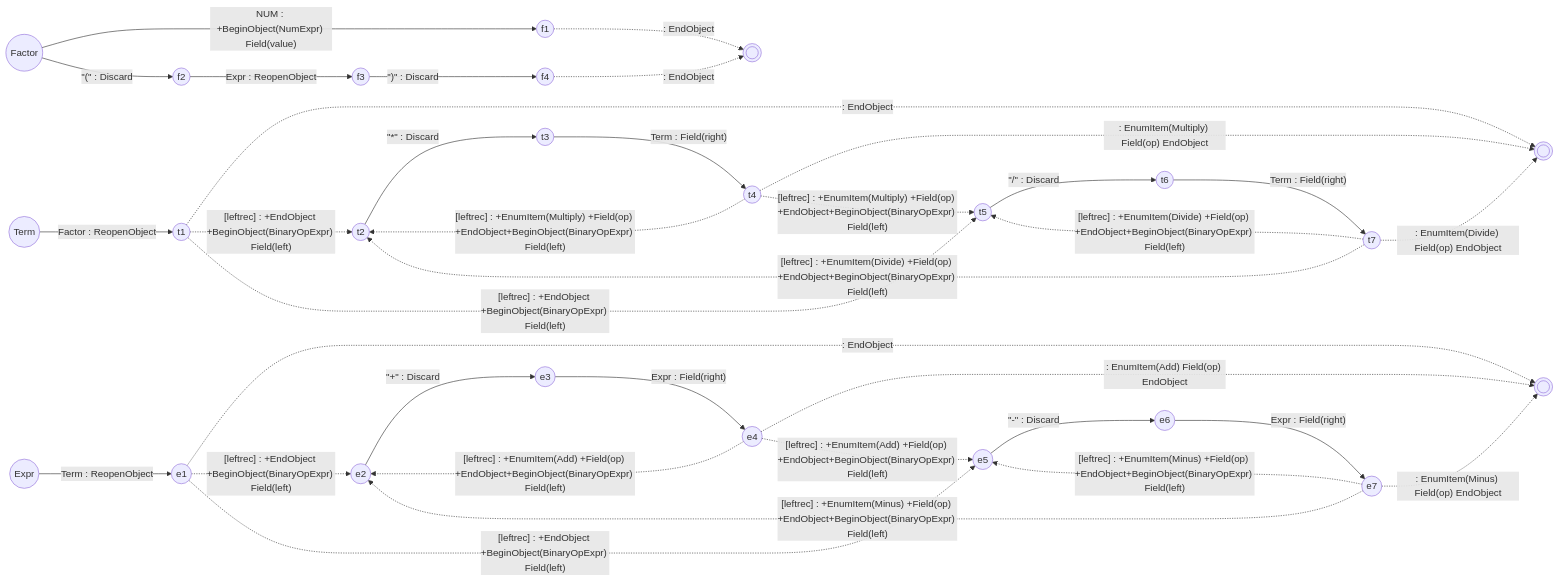
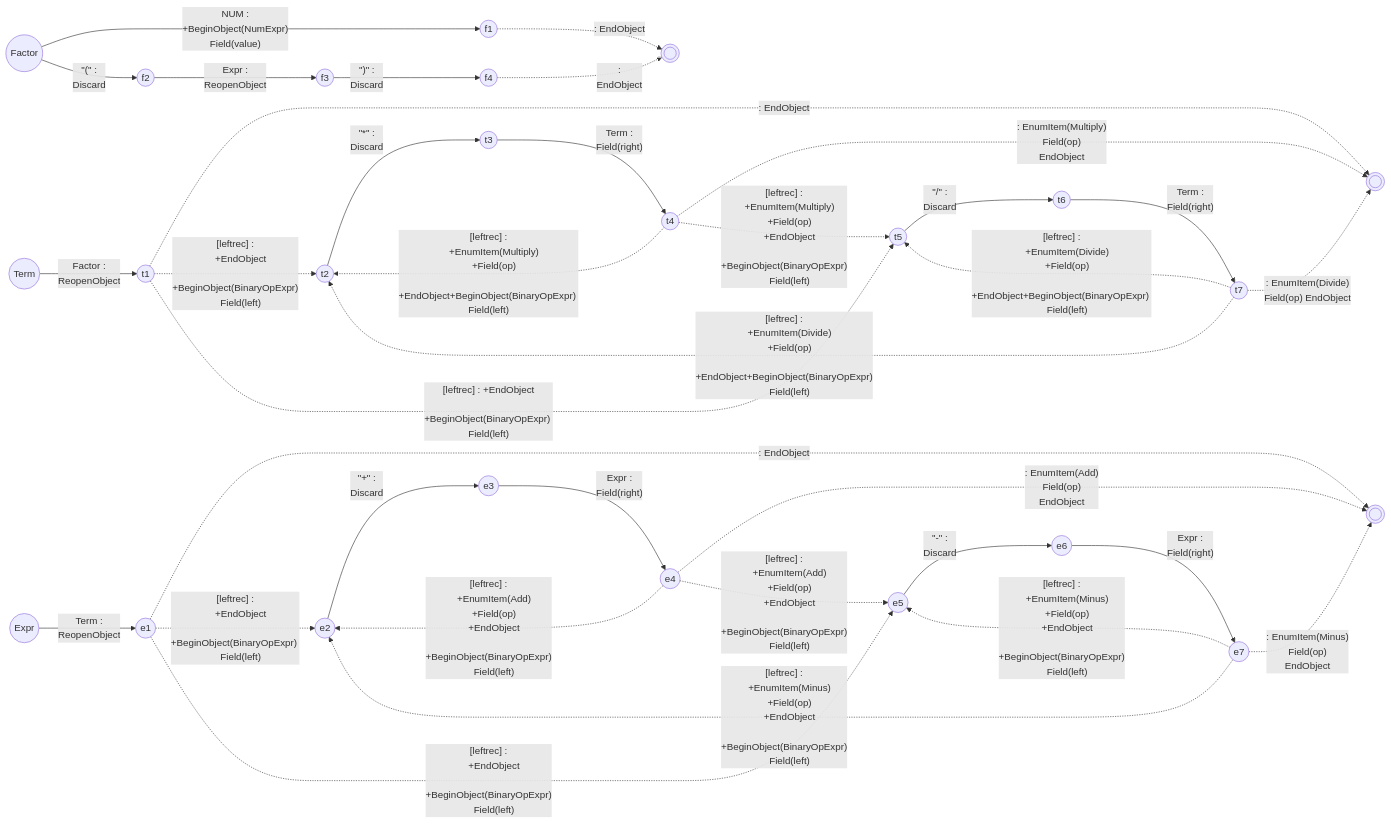
One commit to vczh-websites/vczh changed the ninth of 20 diagrams in Blog/GLR-Refactoring/Mermaid.md. Above: the diagram before and after it, drawn with Mermaid. The commit also changed other lines of this file, not shown here.

````diff
--- a/Blog/GLR-Refactoring/Mermaid.md
+++ b/Blog/GLR-Refactoring/Mermaid.md
@@ -108,39 +135,108 @@
 ```mermaid
 graph LR
-  fS((Factor))-- NUM : +BeginObject(NumExpr) Field(value) --> f1
+  fS((Factor))-- NUM :
+    +BeginObject(NumExpr)
+    Field(value) --> f1
   f1((f1))-. : EndObject .->fE((( )))
-  fS-- #quot;(#quot; : Discard --> f2
-  f2((f2))-- Expr : ReopenObject --> f3
-  f3((f3))-- #quot;)#quot; : Discard -->f4
-  f4((f4))-. : EndObject .->fE
+  fS-- #quot;(#quot; :
+    Discard --> f2
+  f2((f2))-- Expr :
+    ReopenObject --> f3
+  f3((f3))-- #quot;)#quot; :
+    Discard -->f4
+  f4((f4))-. :
+    EndObject .->fE
 
-  tS((Term))-- Factor : ReopenObject --> t1
+  tS((Term))-- Factor :
+    ReopenObject --> t1
   t1((t1))-. : EndObject .->tE((( )))
-  t2((t2))-- #quot;*#quot; : Discard -->t3
-  t3((t3))-- Term : Field(right) --> t4
-  t1-. [leftrec] : +EndObject +BeginObject(BinaryOpExpr) Field(left) .->t2
-  t4-. [leftrec] : +EnumItem(Multiply) +Field(op) +EndObject+BeginObject(BinaryOpExpr) Field(left) .->t2
-  t7-. [leftrec] : +EnumItem(Divide) +Field(op) +EndObject+BeginObject(BinaryOpExpr) Field(left) .->t2
-  t4((t4))-. : EnumItem(Multiply) Field(op) EndObject .->tE
-  t5((t5))-- #quot;/#quot; : Discard -->t6
-  t6((t6))-- Term : Field(right) --> t7
-  t7((t7))-. : EnumItem(Divide) Field(op) EndObject .->tE
-  t1-. [leftrec] : +EndObject +BeginObject(BinaryOpExpr) Field(left) .->t5
-  t4-. [leftrec] : +EnumItem(Multiply) +Field(op) +EndObject+BeginObject(BinaryOpExpr) Field(left) .->t5
-  t7-. [leftrec] : +EnumItem(Divide) +Field(op) +EndObject+BeginObject(BinaryOpExpr) Field(left) .->t5
+  t2((t2))-- #quot;*#quot; :
+    Discard -->t3
+  t3((t3))-- Term :
+    Field(right) --> t4
+  t1-. [leftrec] :
+    +EndObject
+    +BeginObject(BinaryOpExpr)
+    Field(left) .->t2
+  t4-. [leftrec] :
+    +EnumItem(Multiply)
+    +Field(op)
+    +EndObject+BeginObject(BinaryOpExpr) Field(left) .->t2
+  t7-. [leftrec] :
+    +EnumItem(Divide)
+    +Field(op)
+    +EndObject+BeginObject(BinaryOpExpr)
+    Field(left) .->t2
+  t4((t4))-. : EnumItem(Multiply)
+    Field(op)
+    EndObject .->tE
+  t5((t5))-- #quot;/#quot; :
+    Discard -->t6
+  t6((t6))-- Term :
+    Field(right) --> t7
+  t7((t7))-. : EnumItem(Divide)
+    Field(op) EndObject .->tE
+  t1-. [leftrec] : +EndObject
+    +BeginObject(BinaryOpExpr) Field(left) .->t5
+  t4-. [leftrec] :
+    +EnumItem(Multiply)
+    +Field(op)
+    +EndObject
+    +BeginObject(BinaryOpExpr)
+    Field(left) .->t5
+  t7-. [leftrec] :
+    +EnumItem(Divide)
+    +Field(op)
+    +EndObject+BeginObject(BinaryOpExpr) 
+    Field(left) .->t5
 
-  eS((Expr))-- Term : ReopenObject --> e1
+  eS((Expr))-- Term :
+    ReopenObject --> e1
   e1((e1))-. : EndObject .->eE((( )))
-  e2((e2))-- #quot;+#quot; : Discard -->e3
-  e3((e3))-- Expr : Field(right) --> e4
-  e4((e4))-. : EnumItem(Add) Field(op) EndObject .->eE
-  e1-. [leftrec] : +EndObject +BeginObject(BinaryOpExpr) Field(left) .->e2
-  e4-. [leftrec] : +EnumItem(Add) +Field(op) +EndObject+BeginObject(BinaryOpExpr) Field(left) .->e2
-  e7-. [leftrec] : +EnumItem(Minus) +Field(op) +EndObject+BeginObject(BinaryOpExpr) Field(left) .->e2
-  e5((e5))-- #quot;-#quot; : Discard -->e6
-  e6((e6))-- Expr : Field(right) --> e7
-  e7((e7))-. : EnumItem(Minus) Field(op) EndObject .->eE
-  e1-. [leftrec] : +EndObject +BeginObject(BinaryOpExpr) Field(left) .->e5
-  e4-. [leftrec] : +EnumItem(Add) +Field(op) +EndObject+BeginObject(BinaryOpExpr) Field(left) .->e5
-  e7-. [leftrec] : +EnumItem(Minus) +Field(op) +EndObject+BeginObject(BinaryOpExpr) Field(left) .->e5
+  e2((e2))-- #quot;+#quot; :
+    Discard -->e3
+  e3((e3))-- Expr :
+    Field(right) --> e4
+  e4((e4))-. : EnumItem(Add)
+    Field(op)
+    EndObject .->eE
+  e1-. [leftrec] :
+    +EndObject
+    +BeginObject(BinaryOpExpr) 
+    Field(left) .->e2
+  e4-. [leftrec] :
+    +EnumItem(Add)
+    +Field(op)
+    +EndObject
+    +BeginObject(BinaryOpExpr)
+    Field(left) .->e2
+  e7-. [leftrec] :
+    +EnumItem(Minus)
+    +Field(op)
+    +EndObject
+    +BeginObject(BinaryOpExpr)
+    Field(left) .->e2
+  e5((e5))-- #quot;-#quot; :
+    Discard -->e6
+  e6((e6))-- Expr :
+    Field(right) --> e7
+  e7((e7))-. : EnumItem(Minus)
+    Field(op)
+    EndObject .->eE
+  e1-. [leftrec] :
+    +EndObject
+    +BeginObject(BinaryOpExpr)
+    Field(left) .->e5
+  e4-. [leftrec] :
+    +EnumItem(Add)
+    +Field(op)
+    +EndObject
+    +BeginObject(BinaryOpExpr)
+    Field(left) .->e5
+  e7-. [leftrec] :
+    +EnumItem(Minus)
+    +Field(op)
+    +EndObject
+    +BeginObject(BinaryOpExpr)
+    Field(left) .->e5
 ```
````
